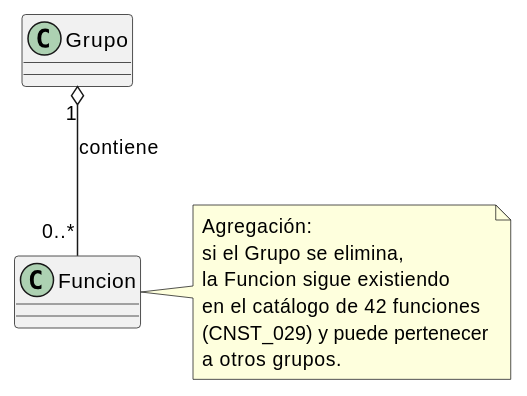
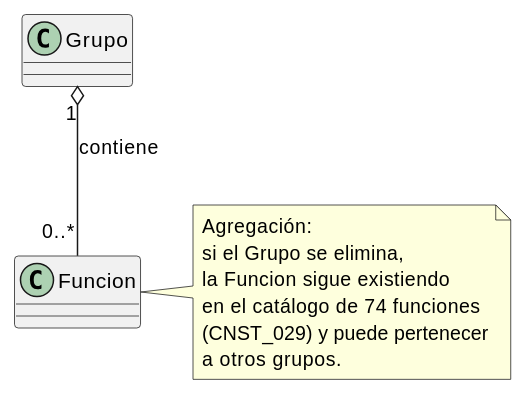
Before and after one commit to jcg-admin/IACT-docs: diagram 12 of 30 in source/requisitos/_metodologia-aplicacion/relaciones-uml.rst, drawn with PlantUML. The commit also changed other lines of this file and 48 other files, not shown here.

```diff
--- a/source/requisitos/_metodologia-aplicacion/relaciones-uml.rst
+++ b/source/requisitos/_metodologia-aplicacion/relaciones-uml.rst
@@ -1190,16 +1190,16 @@
 .. uml::
 
    @startuml
 
    class Grupo
    class Funcion
    Grupo "1" o-- "0..*" Funcion : contiene
    note right of Funcion
      Agregación:
      si el Grupo se elimina,
      la Funcion sigue existiendo
-     en el catálogo de 42 funciones
+     en el catálogo de 74 funciones
      (CNST_029) y puede pertenecer
      a otros grupos.
    end note
    @enduml
```
